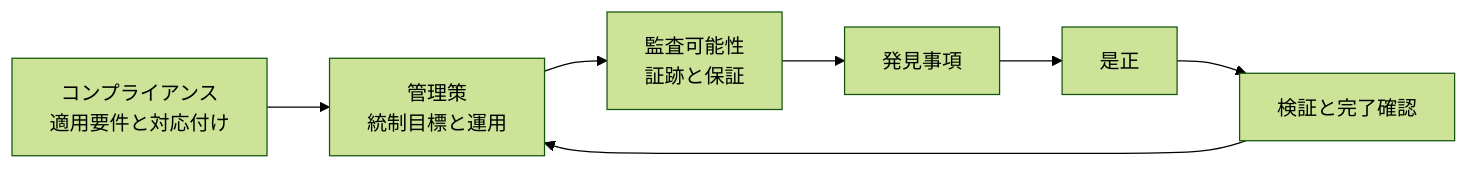
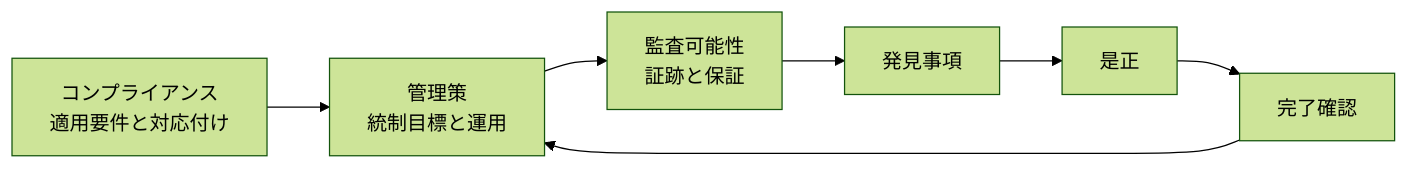
The diagram in content/docs/data/governance/compliance-and-auditability/_index.ja.md (skitazaki/notes-with-ai), drawn with Mermaid (forest theme) before and after one commit. The commit also changed 1 other file, not shown here.

Commit message:
Align compliance diagram labels

````diff
--- a/content/docs/data/governance/compliance-and-auditability/_index.ja.md
+++ b/content/docs/data/governance/compliance-and-auditability/_index.ja.md
@@ -17,5 +17,5 @@
 ```mermaid
 flowchart LR
   CMP["コンプライアンス<br/>適用要件と対応付け"] --> CTRL["管理策<br/>統制目標と運用"] --> AUD["監査可能性<br/>証跡と保証"]
-  AUD --> F["発見事項"] --> R["是正"] --> V["検証と完了確認"] --> CTRL
+  AUD --> F["発見事項"] --> R["是正"] --> V["完了確認"] --> CTRL
 ```
````
